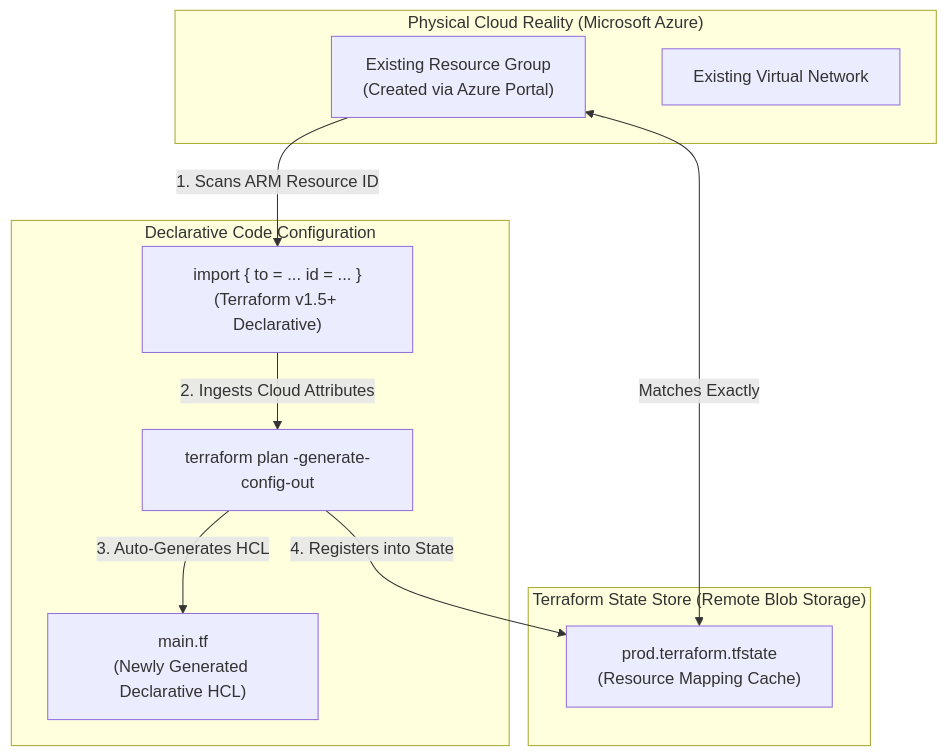
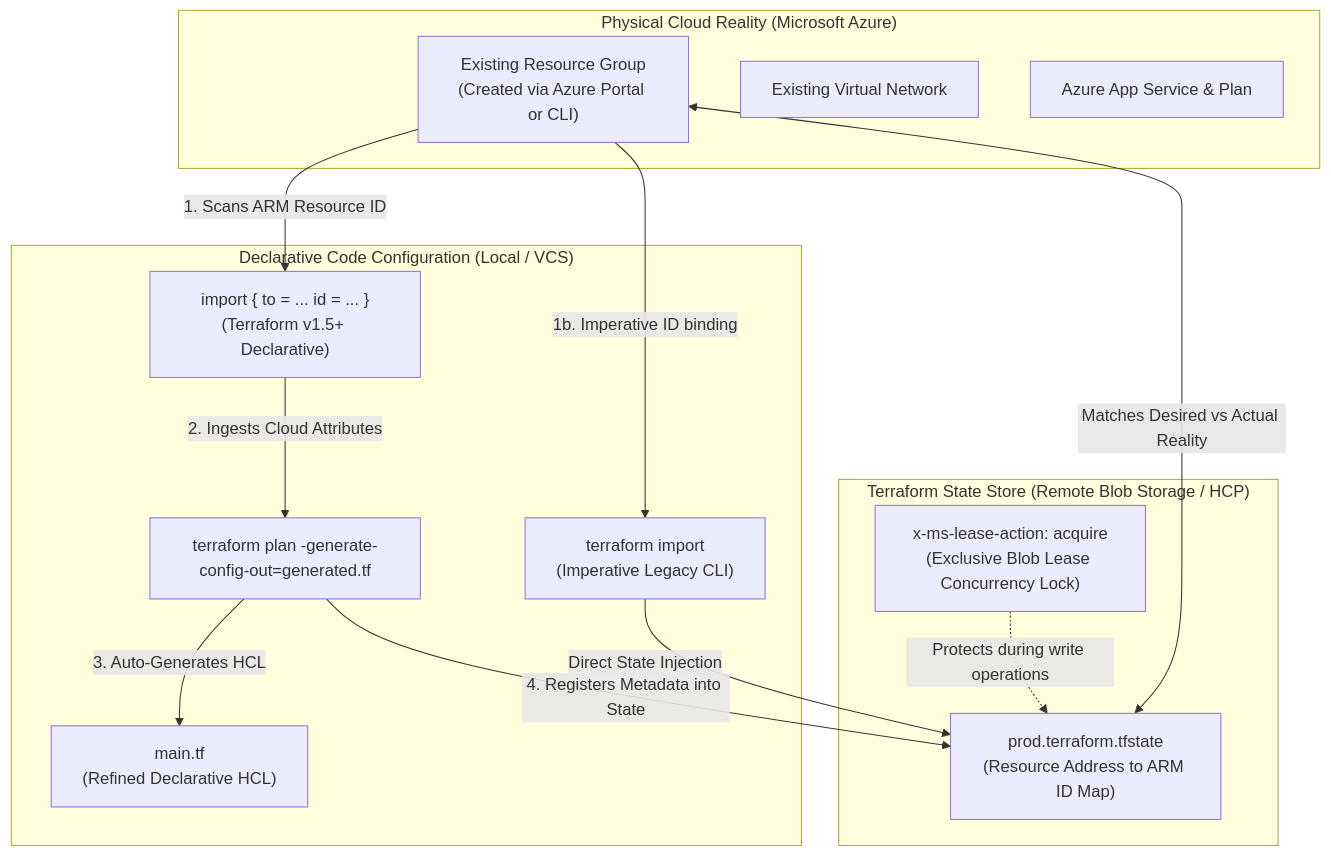
Before and after one commit to kmashour/BrainDump: the first of 2 diagrams in Reference Notes/14-6_terraform_azure_state_operations_import_and_migration.md, drawn with Mermaid. The commit also changed other lines of this file and 4 other files, not shown here.

Commit message:
feat(terraform-azure): complete deep re-ingestion of modules 14-4 through 14-7 and MOC index with first-principles HCL syntax, provider inversion, aztfy state surgery, and OIDC GitOps

````diff
--- a/Reference Notes/14-6_terraform_azure_state_operations_import_and_migration.md
+++ b/Reference Notes/14-6_terraform_azure_state_operations_import_and_migration.md
@@ -25,23 +26,29 @@
 ```mermaid
 flowchart TD
     subgraph RealityPlane ["Physical Cloud Reality (Microsoft Azure)"]
-        LiveRG["Existing Resource Group\n(Created via Azure Portal)"]
+        LiveRG["Existing Resource Group\n(Created via Azure Portal or CLI)"]
         LiveVNet["Existing Virtual Network"]
+        LiveApp["Azure App Service & Plan"]
     end
 
-    subgraph StatePlane ["Terraform State Store (Remote Blob Storage)"]
-        StateJSON["prod.terraform.tfstate\n(Resource Mapping Cache)"]
+    subgraph StatePlane ["Terraform State Store (Remote Blob Storage / HCP)"]
+        StateJSON["prod.terraform.tfstate\n(Resource Address to ARM ID Map)"]
+        StateLock["x-ms-lease-action: acquire\n(Exclusive Blob Lease Concurrency Lock)"]
     end
 
-    subgraph HCLPlane ["Declarative Code Configuration"]
+    subgraph HCLPlane ["Declarative Code Configuration (Local / VCS)"]
         ImportBlock["import { to = ... id = ... }\n(Terraform v1.5+ Declarative)"]
-        GenPlan["terraform plan -generate-config-out"]
-        HCLCode["main.tf\n(Newly Generated Declarative HCL)"]
+        GenPlan["terraform plan -generate-config-out=generated.tf"]
+        HCLCode["main.tf\n(Refined Declarative HCL)"]
+        CLIImport["terraform import <addr> <ARM_ID>\n(Imperative Legacy CLI)"]
     end
 
     LiveRG -->|1. Scans ARM Resource ID| ImportBlock
+    LiveRG -->|1b. Imperative ID binding| CLIImport
     ImportBlock -->|2. Ingests Cloud Attributes| GenPlan
     GenPlan -->|3. Auto-Generates HCL| HCLCode
-    GenPlan -->|4. Registers into State| StateJSON
-    StateJSON <-->|Matches Exactly| LiveRG
+    GenPlan -->|4. Registers Metadata into State| StateJSON
+    CLIImport -->|Direct State Injection| StateJSON
+    StateJSON <-->|Matches Desired vs Actual Reality| LiveRG
+    StateLock -.->|Protects during write operations| StateJSON
 ```
````
